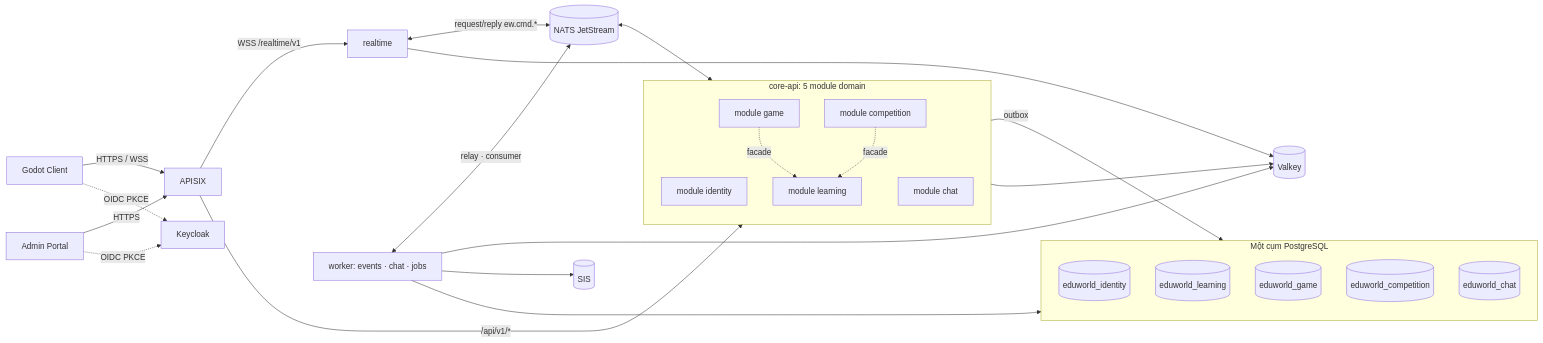
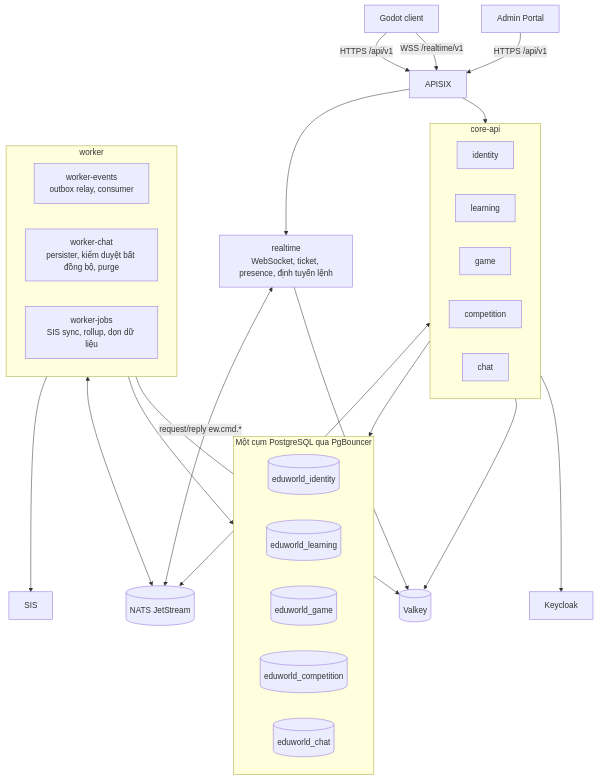
One commit to tanguyen2020/eduworld-platform changed the second of 11 diagrams in README.md. Above: the diagram before and after it, drawn with Mermaid. The commit also changed other lines of this file, not shown here.

First line of the commit message:
docs(readme): detailed overview with architecture and main flows

````diff
--- a/README.md
+++ b/README.md
@@ -44,35 +93,40 @@
 ```mermaid
-flowchart LR
-  G[Godot Client] -->|HTTPS / WSS| AX[APISIX]
-  W[Admin Portal] -->|HTTPS| AX
-  G -. OIDC PKCE .-> KC[Keycloak]
-  W -. OIDC PKCE .-> KC
-  subgraph CORE[core-api: 5 module domain]
-    ID[module identity]
-    LS[module learning]
-    GS[module game]
-    CS[module competition]
-    CH[module chat]
+flowchart TB
+  GC["Godot client"] -->|"HTTPS /api/v1"| AX["APISIX"]
+  AP["Admin Portal"] -->|"HTTPS /api/v1"| AX
+  GC -->|"WSS /realtime/v1"| AX
+  AX --> CORE
+  AX --> RT["realtime<br/>WebSocket, ticket, presence, định tuyến lệnh"]
+  subgraph CORE["core-api"]
+    direction LR
+    MI["identity"]
+    ML["learning"]
+    MG["game"]
+    MC["competition"]
+    MH["chat"]
   end
-  subgraph PG[Một cụm PostgreSQL]
-    PGI[(eduworld_identity)]
-    PGL[(eduworld_learning)]
-    PGG[(eduworld_game)]
-    PGC[(eduworld_competition)]
-    PGH[(eduworld_chat)]
+  RT <-->|"request/reply ew.cmd.*"| NATS[("NATS JetStream")]
+  CORE <--> NATS
+  subgraph WK["worker"]
+    direction LR
+    WE["worker-events<br/>outbox relay, consumer"]
+    WC["worker-chat<br/>persister, kiểm duyệt bất đồng bộ, purge"]
+    WJ["worker-jobs<br/>SIS sync, rollup, dọn dữ liệu"]
   end
-  RG[realtime]
-  WK[worker: events · chat · jobs]
-  NATS[(NATS JetStream)]
-  AX -->|/api/v1/*| CORE
-  AX -->|WSS /realtime/v1| RG
-  GS -. facade .-> LS
-  CS -. facade .-> LS
-  RG <-->|request/reply ew.cmd.*| NATS
-  NATS <--> CORE
-  CORE -->|outbox| PG
-  WK <-->|relay · consumer| NATS
+  WK <--> NATS
+  CORE --> PG
   WK --> PG
-  RG & CORE & WK --> VK[(Valkey)]
-  WK --> SIS[(SIS)]
+  subgraph PG["Một cụm PostgreSQL qua PgBouncer"]
+    direction LR
+    D1[("eduworld_identity")]
+    D2[("eduworld_learning")]
+    D3[("eduworld_game")]
+    D4[("eduworld_competition")]
+    D5[("eduworld_chat")]
+  end
+  CORE --> VK[("Valkey")]
+  RT --> VK
+  WK --> VK
+  CORE --> KC["Keycloak"]
+  WJ --> SIS["SIS"]
 ```
````
